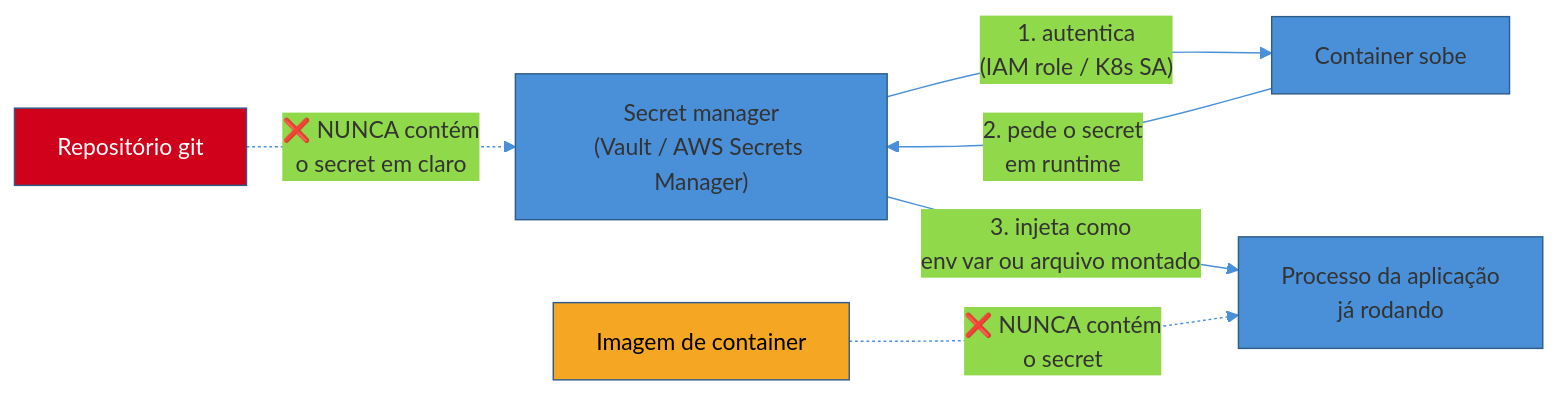
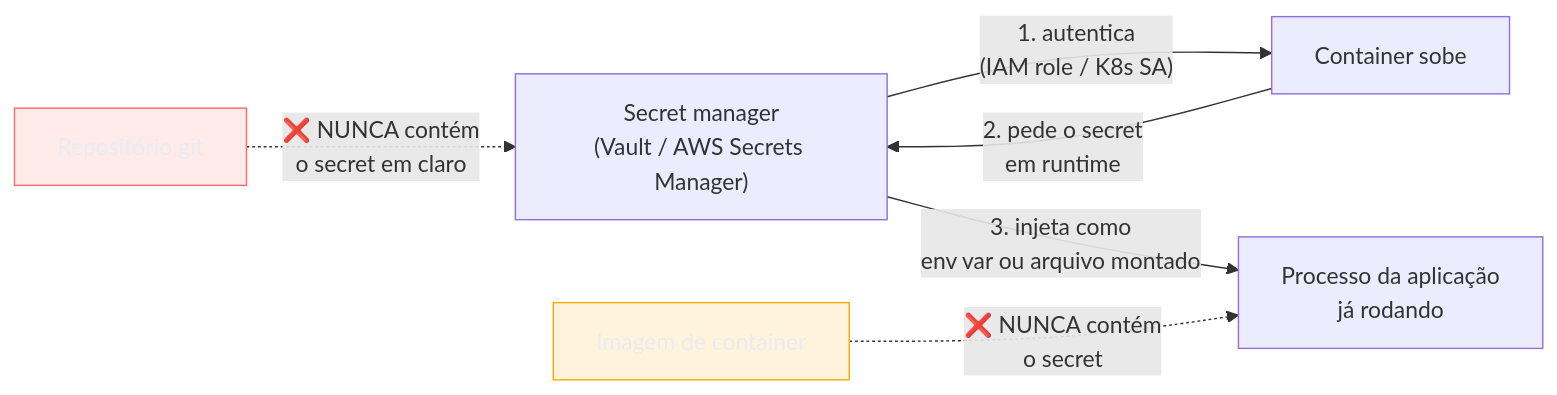
The second of 2 diagrams in 03-Dominios/Engenharia/Operação/2 - Entrega e release/06 - Secrets e configuração em produção.md (josenaldo/codex-technomanticus), drawn with Mermaid before and after one commit. The commit also changed other lines of this file and 1181 other files, not shown here.

First line of the commit message:
fix(diagramas): paleta do sistema no lugar de cor cravada no markdown

````diff
--- a/03-Dominios/Engenharia/Operação/2 - Entrega e release/06 - Secrets e configuração em produção.md
+++ b/03-Dominios/Engenharia/Operação/2 - Entrega e release/06 - Secrets e configuração em produção.md
@@ -112,11 +111,12 @@
 ```mermaid
-%%{init: {"theme": "base", "themeVariables": {"primaryColor": "#4A90D9", "primaryBorderColor": "#2E5C8A", "lineColor": "#4A90D9"}}}%%
 graph LR
+    classDef destaque fill:#FFAA0024,stroke:#FFAA00,color:#E9ECF2
+    classDef falha fill:#FF6B6B24,stroke:#FF6B6B,color:#E9ECF2
     A["Secret manager<br/>(Vault / AWS Secrets Manager)"] -->|"1. autentica<br/>(IAM role / K8s SA)"| B["Container sobe"]
     B -->|"2. pede o secret<br/>em runtime"| A
     A -->|"3. injeta como<br/>env var ou arquivo montado"| C["Processo da aplicação<br/>já rodando"]
     D["Imagem de container"] -.->|"❌ NUNCA contém<br/>o secret"| C
     E["Repositório git"] -.->|"❌ NUNCA contém<br/>o secret em claro"| A
-    style D fill:#F5A623,color:#000
-    style E fill:#D0021B,color:#fff
+    class D destaque
+    class E falha
 ```
````
